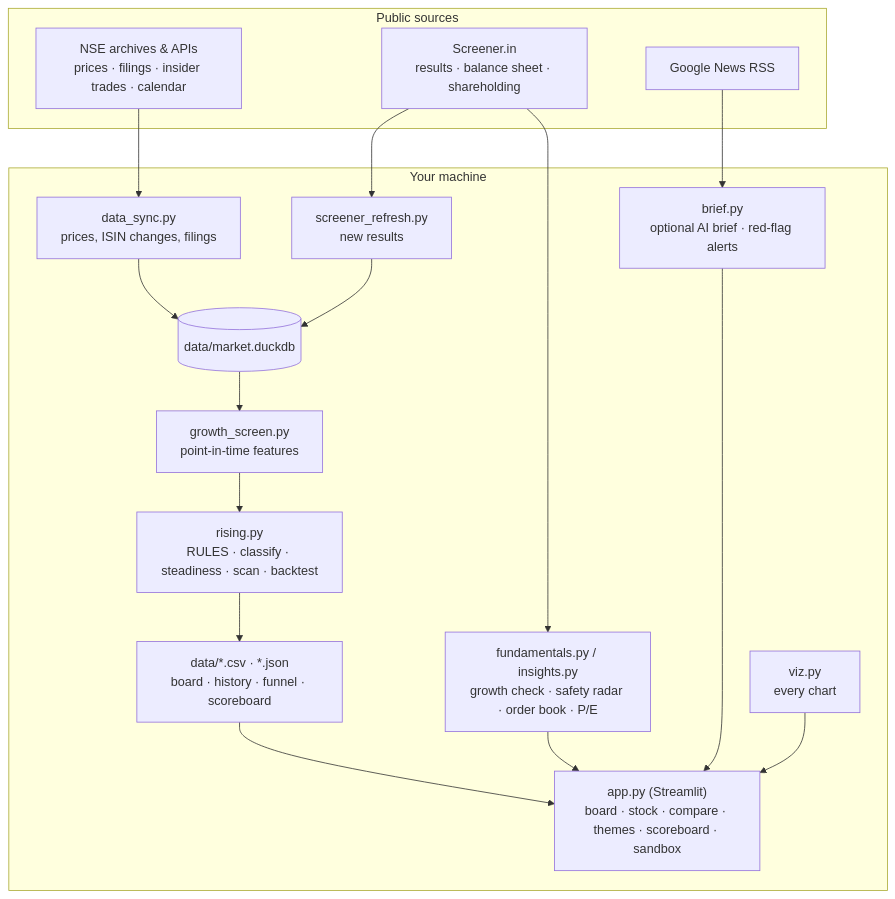
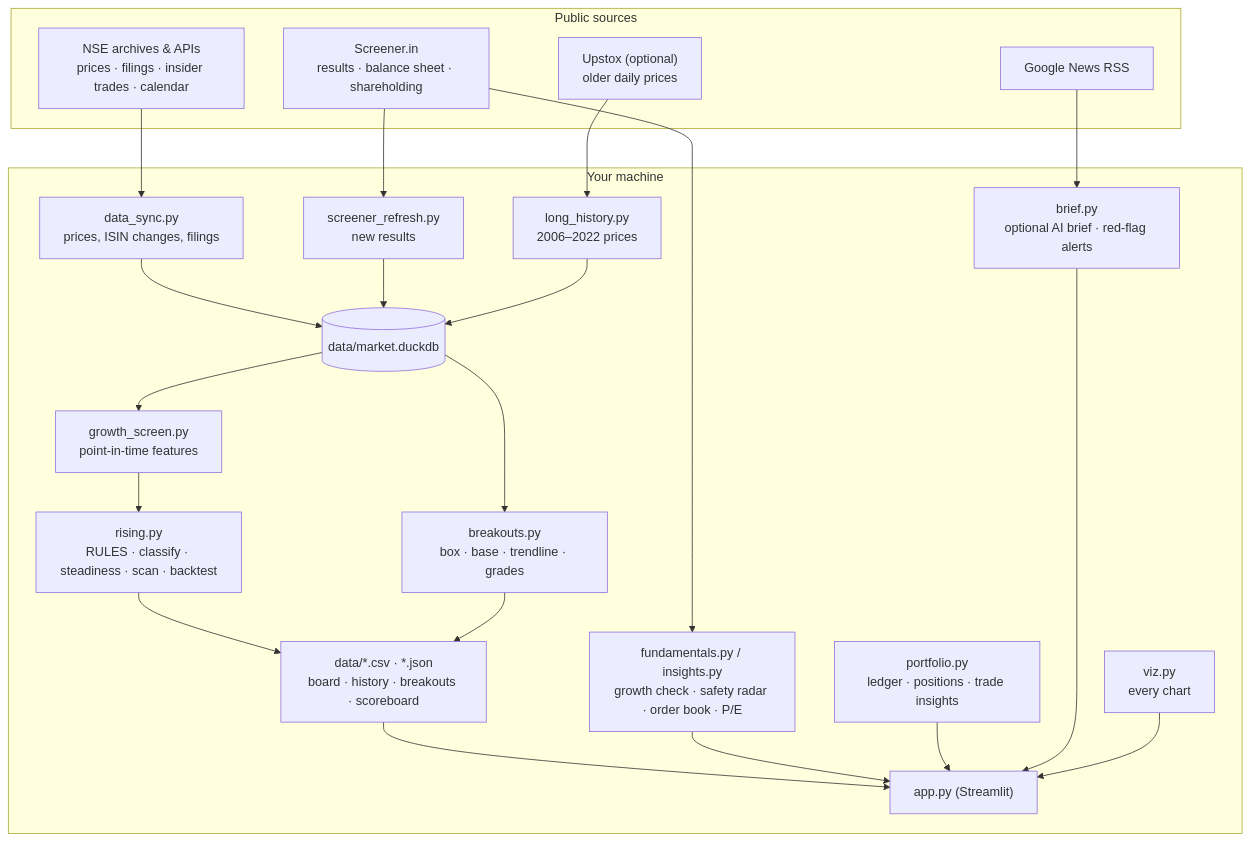
One commit to webtools-dotcom/growing-stocks changed the second of 2 diagrams in README.md. Above: the diagram before and after it, drawn with Mermaid. The commit also changed other lines of this file and 4 other files, not shown here.

Commit message:
README: plain-language rewrite with a screen-by-screen tour, glossary and FAQ; breakouts, tip check and portfolio screenshots

````diff
--- a/README.md
+++ b/README.md
@@ -365,23 +542,29 @@
 ```mermaid
 flowchart TD
     subgraph sources["Public sources"]
         NSE["NSE archives & APIs<br/>prices · filings · insider trades · calendar"]
         SCR["Screener.in<br/>results · balance sheet · shareholding"]
         NEWS["Google News RSS"]
+        UP["Upstox (optional)<br/>older daily prices"]
     end
     subgraph local["Your machine"]
         SYNC["data_sync.py<br/>prices, ISIN changes, filings"] --> DB[("data/market.duckdb")]
         SREF["screener_refresh.py<br/>new results"] --> DB
+        LH["long_history.py<br/>2006–2022 prices"] --> DB
         DB --> GS["growth_screen.py<br/>point-in-time features"]
         GS --> SCAN["rising.py<br/>RULES · classify · steadiness · scan · backtest"]
-        SCAN --> FILES["data/*.csv · *.json<br/>board · history · funnel · scoreboard"]
-        FILES --> APP["app.py (Streamlit)<br/>board · stock · compare · themes · scoreboard · sandbox"]
+        DB --> BO["breakouts.py<br/>box · base · trendline · grades"]
+        SCAN --> FILES["data/*.csv · *.json<br/>board · history · breakouts · scoreboard"]
+        BO --> FILES
+        FILES --> APP["app.py (Streamlit)"]
         FUND["fundamentals.py / insights.py<br/>growth check · safety radar · order book · P/E"] --> APP
+        PF["portfolio.py<br/>ledger · positions · trade insights"] --> APP
         BRIEF["brief.py<br/>optional AI brief · red-flag alerts"] --> APP
         VIZ["viz.py<br/>every chart"] --> APP
     end
     NSE --> SYNC
     SCR --> SREF
     SCR --> FUND
+    UP --> LH
     NEWS --> BRIEF
 ```
````
